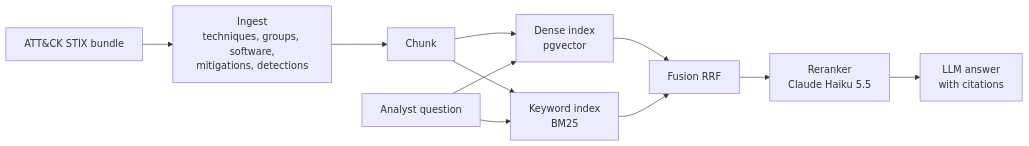
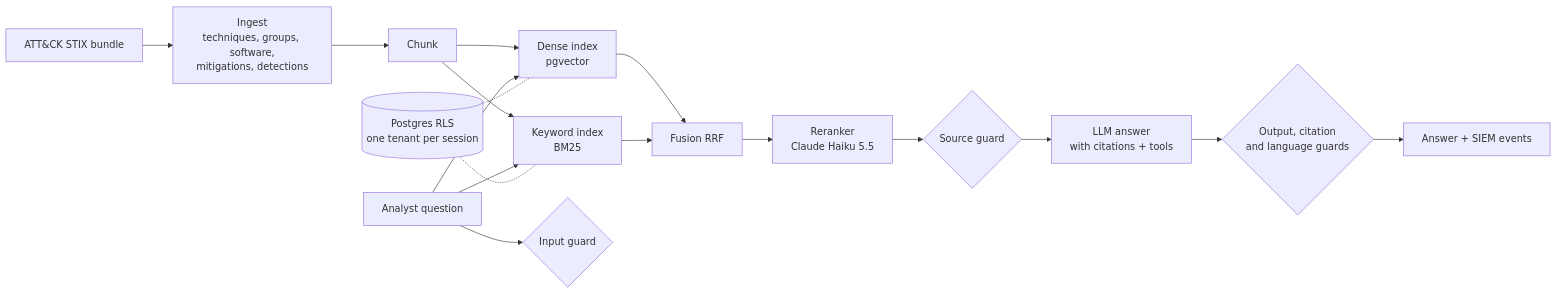
Before and after one commit to Yasine-Khamassi/attack-rag: the diagram in README.md, drawn with Mermaid. The commit also changed other lines of this file and 46 other files, not shown here.

First line of the commit message:
Phases 4-6: tenant isolation (RLS), tools, guardrails + red team, caching, routing, cost

````diff
--- a/README.md
+++ b/README.md
@@ -39,9 +67,12 @@
 ```mermaid
 flowchart LR
     A[ATT&CK STIX bundle] --> B[Ingest<br/>techniques, groups, software,<br/>mitigations, detections]
     B --> C[Chunk]
     C --> D[Dense index<br/>pgvector]
     C --> E[Keyword index<br/>BM25]
     Q[Analyst question] --> D & E
-    D & E --> F[Fusion RRF] --> G[Reranker<br/>Claude Haiku 5.5] --> H[LLM answer<br/>with citations]
+    Q --> IG{Input guard}
+    D & E --> F[Fusion RRF] --> G[Reranker<br/>Claude Haiku 5.5] --> SG{Source guard} --> H[LLM answer<br/>with citations + tools]
+    H --> OG{Output, citation<br/>and language guards} --> ANS[Answer + SIEM events]
+    PG[(Postgres RLS<br/>one tenant per session)] -.- D & E
 ```
````
